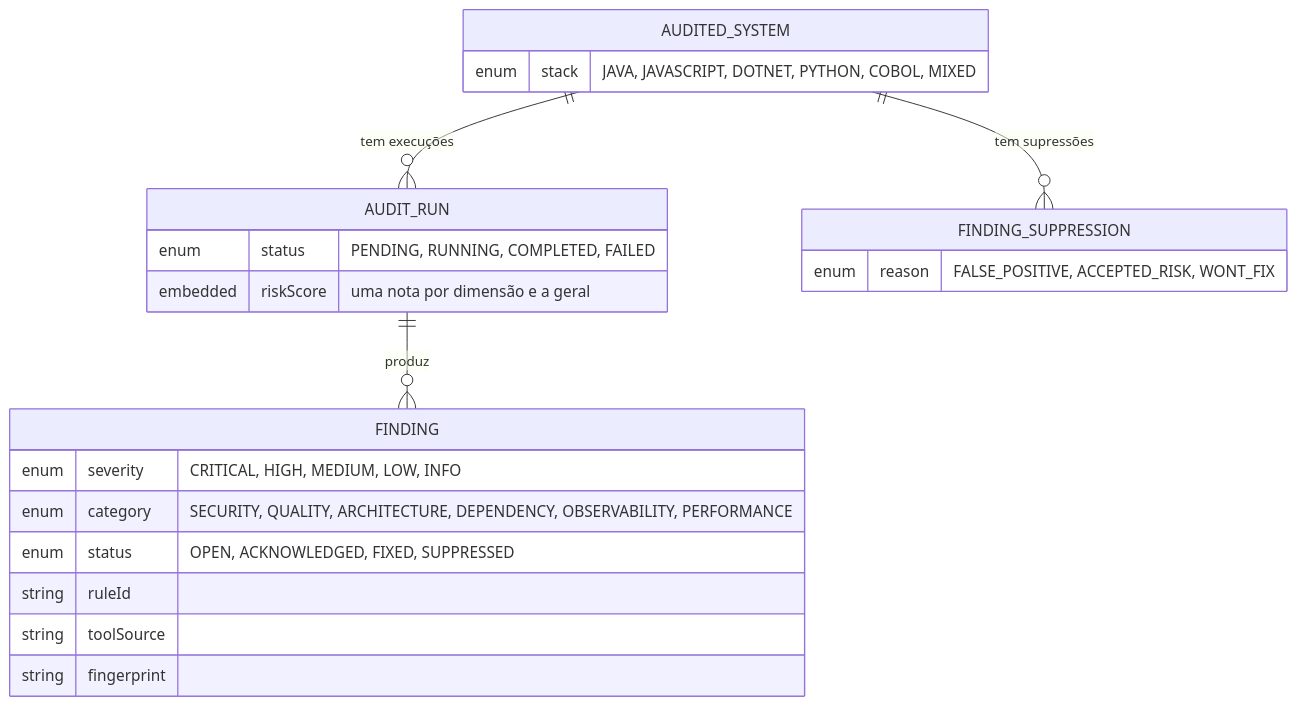
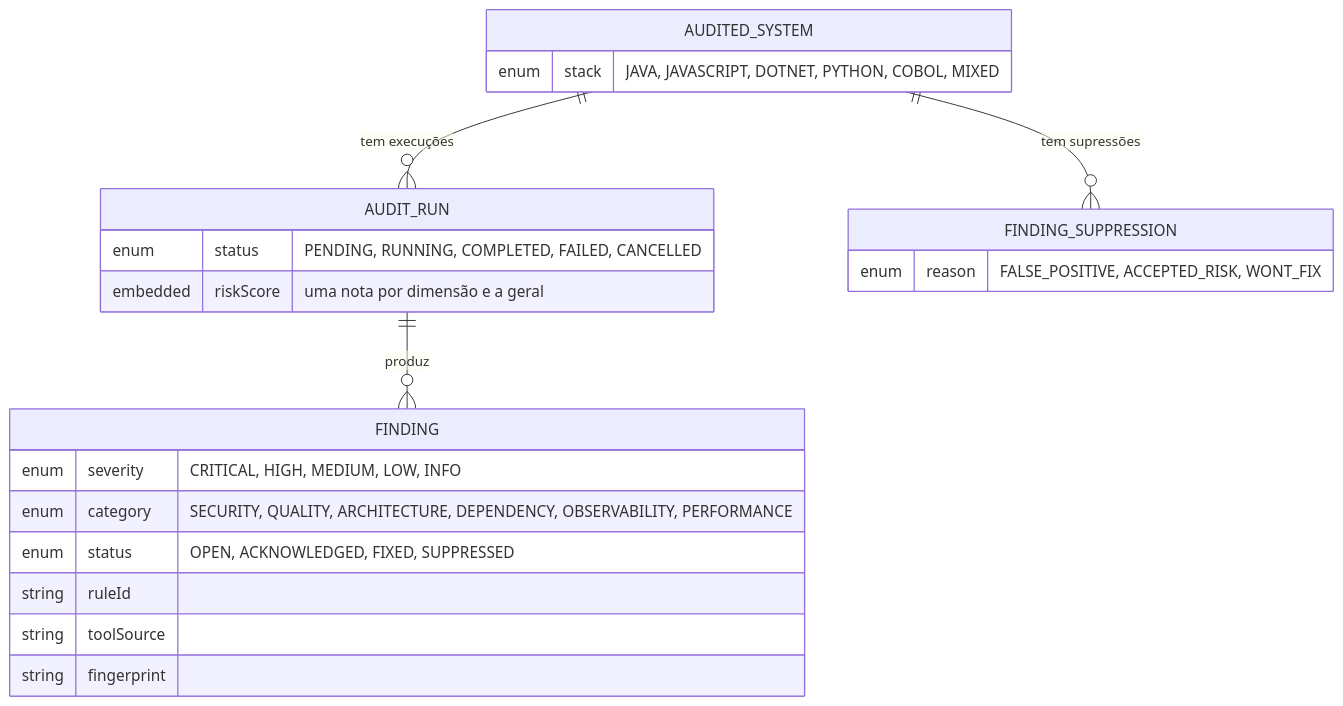
The ninth of 13 diagrams in docs/arquitetura/ARQUITETURA.md (joaopaulosistemas/sentinel), drawn with Mermaid before and after one commit. The commit also changed other lines of this file and 37 other files, not shown here.

````diff
--- a/docs/arquitetura/ARQUITETURA.md
+++ b/docs/arquitetura/ARQUITETURA.md
@@ -392,24 +394,24 @@
 ```mermaid
 erDiagram
     AUDITED_SYSTEM ||--o{ AUDIT_RUN : "tem execuções"
     AUDIT_RUN ||--o{ FINDING : "produz"
     AUDITED_SYSTEM ||--o{ FINDING_SUPPRESSION : "tem supressões"
     AUDIT_RUN {
-        enum status "PENDING, RUNNING, COMPLETED, FAILED"
+        enum status "PENDING, RUNNING, COMPLETED, FAILED, CANCELLED"
         embedded riskScore "uma nota por dimensão e a geral"
     }
     FINDING {
         enum severity "CRITICAL, HIGH, MEDIUM, LOW, INFO"
         enum category "SECURITY, QUALITY, ARCHITECTURE, DEPENDENCY, OBSERVABILITY, PERFORMANCE"
         enum status "OPEN, ACKNOWLEDGED, FIXED, SUPPRESSED"
         string ruleId
         string toolSource
         string fingerprint
     }
     FINDING_SUPPRESSION {
         enum reason "FALSE_POSITIVE, ACCEPTED_RISK, WONT_FIX"
     }
     AUDITED_SYSTEM {
         enum stack "JAVA, JAVASCRIPT, DOTNET, PYTHON, COBOL, MIXED"
     }
 ```
````
